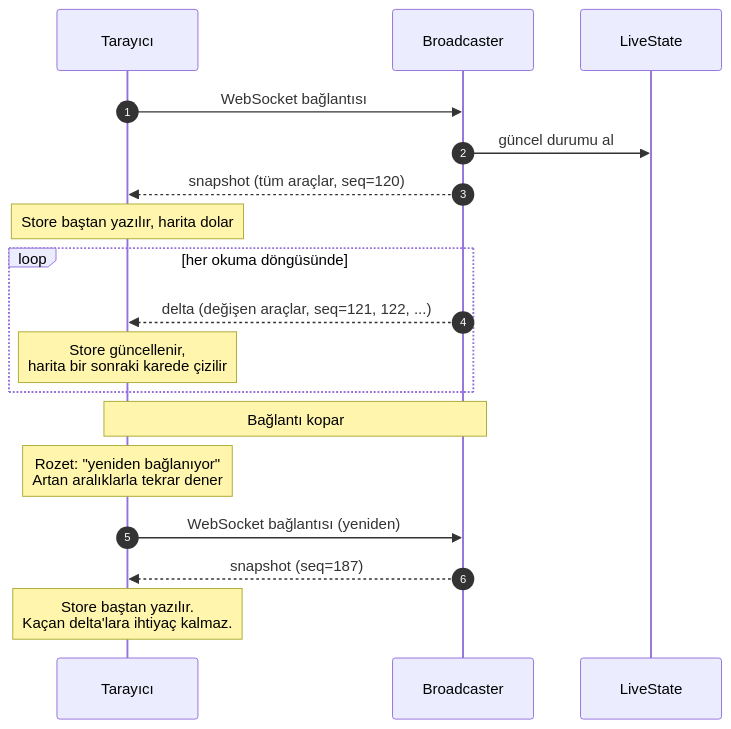
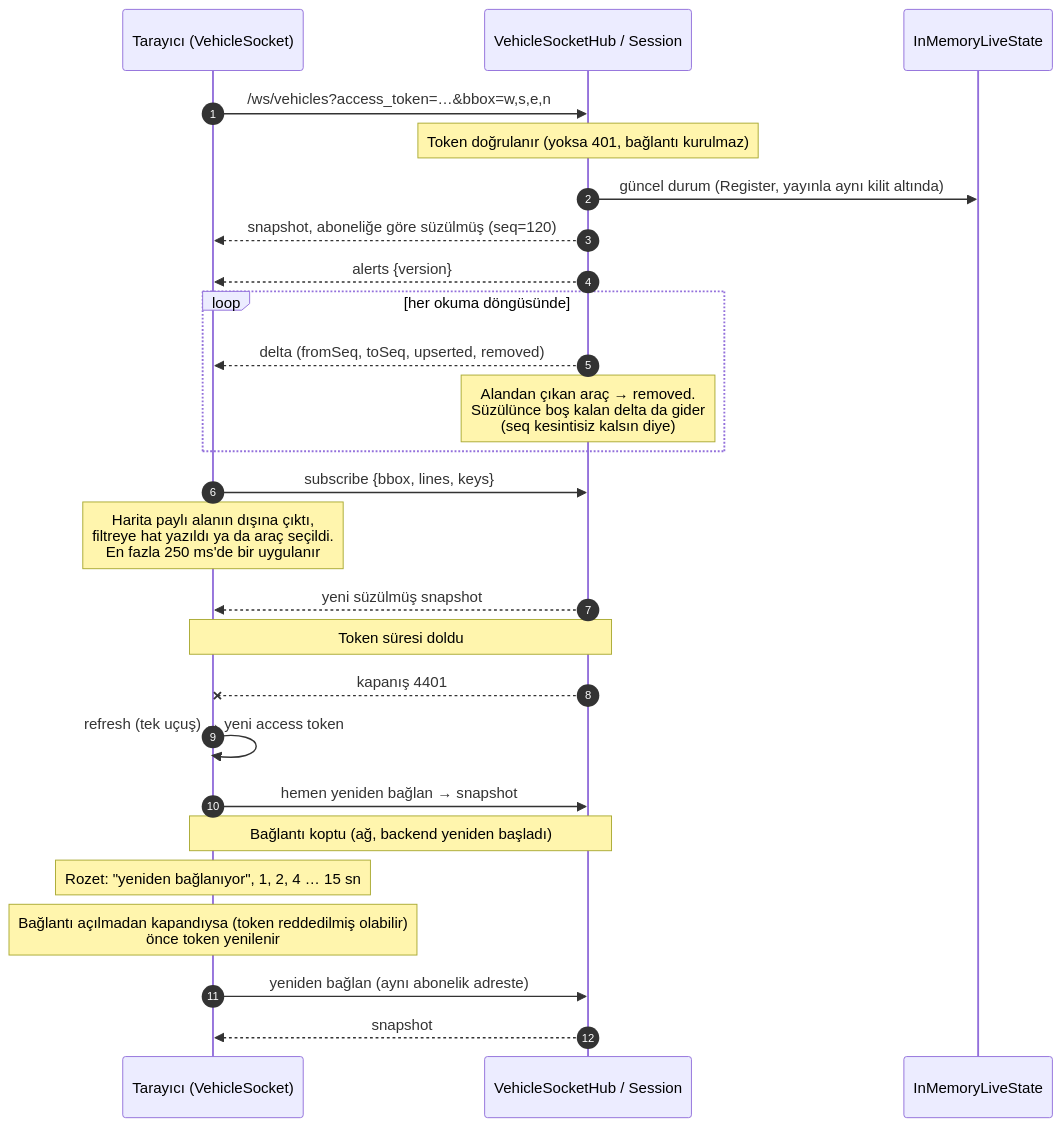
Before and after one commit to blisahn/piton-live-vehicle-tracking: the fourth of 10 diagrams in docs/architecture.md, drawn with Mermaid. The commit also changed other lines of this file and 1 other file, not shown here.

First line of the commit message:
docs: bring the architecture flows up to date

````diff
--- a/docs/architecture.md
+++ b/docs/architecture.md
@@ -109,24 +156,33 @@
 ```mermaid
 sequenceDiagram
     autonumber
-    participant C as Tarayıcı
-    participant B as Broadcaster
-    participant L as LiveState
+    participant C as Tarayıcı (VehicleSocket)
+    participant H as VehicleSocketHub / Session
+    participant L as InMemoryLiveState
 
-    C->>B: WebSocket bağlantısı
-    B->>L: güncel durumu al
-    B-->>C: snapshot (tüm araçlar, seq=120)
-    Note over C: Store baştan yazılır, harita dolar
+    C->>H: /ws/vehicles?access_token=…&bbox=w,s,e,n
+    Note over H: Token doğrulanır (yoksa 401, bağlantı kurulmaz)
+    H->>L: güncel durum (Register, yayınla aynı kilit altında)
+    H-->>C: snapshot, aboneliğe göre süzülmüş (seq=120)
+    H-->>C: alerts {version}
 
     loop her okuma döngüsünde
-        B-->>C: delta (değişen araçlar, seq=121, 122, ...)
-        Note over C: Store güncellenir,<br/>harita bir sonraki karede çizilir
+        H-->>C: delta (fromSeq, toSeq, upserted, removed)
+        Note over H: Alandan çıkan araç → removed.<br/>Süzülünce boş kalan delta da gider<br/>(seq kesintisiz kalsın diye)
     end
 
-    Note over C,B: Bağlantı kopar
-    Note over C: Rozet: "yeniden bağlanıyor"<br/>Artan aralıklarla tekrar dener
+    C->>H: subscribe {bbox, lines, keys}
+    Note over C: Harita paylı alanın dışına çıktı,<br/>filtreye hat yazıldı ya da araç seçildi.<br/>En fazla 250 ms'de bir uygulanır
+    H-->>C: yeni süzülmüş snapshot
 
-    C->>B: WebSocket bağlantısı (yeniden)
-    B-->>C: snapshot (seq=187)
-    Note over C: Store baştan yazılır.<br/>Kaçan delta'lara ihtiyaç kalmaz.
+    Note over C,H: Token süresi doldu
+    H--xC: kapanış 4401
+    C->>C: refresh (tek uçuş) → yeni access token
+    C->>H: hemen yeniden bağlan → snapshot
+
+    Note over C,H: Bağlantı koptu (ağ, backend yeniden başladı)
+    Note over C: Rozet: "yeniden bağlanıyor", 1, 2, 4 … 15 sn
+    Note over C: Bağlantı açılmadan kapandıysa (token reddedilmiş olabilir)<br/>önce token yenilenir
+    C->>H: yeniden bağlan (aynı abonelik adreste)
+    H-->>C: snapshot
 ```
````
